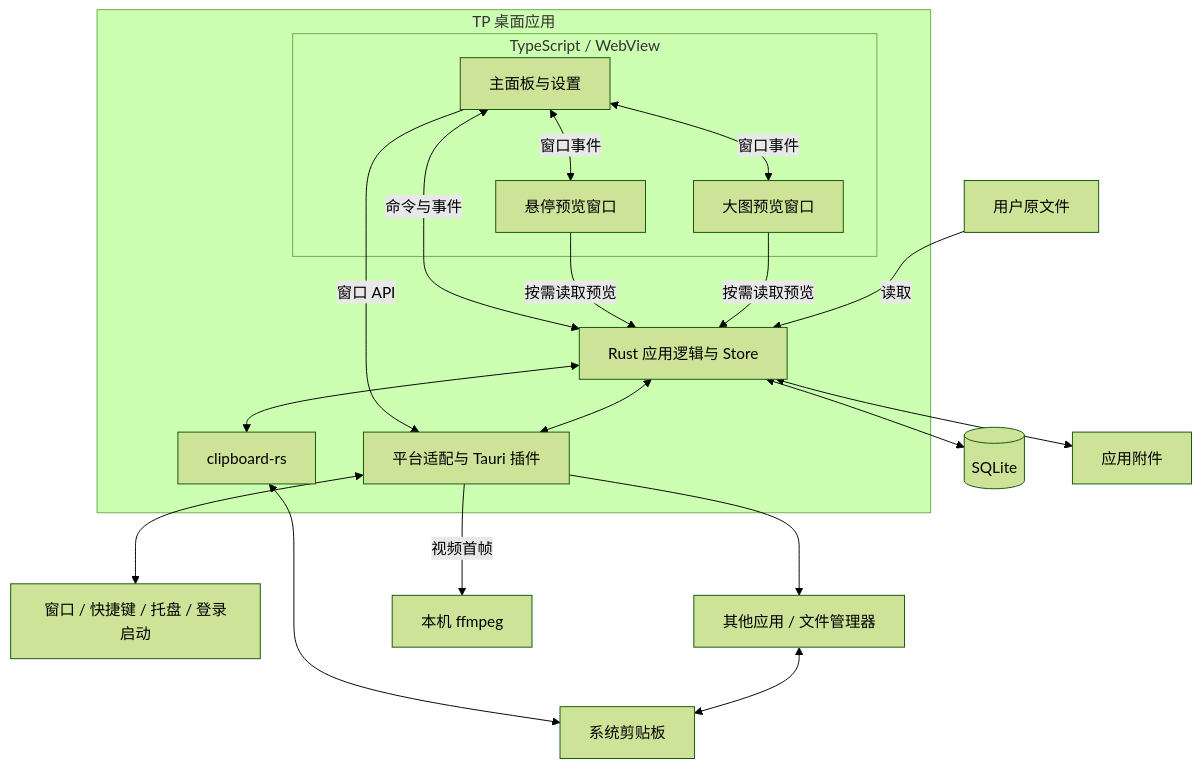
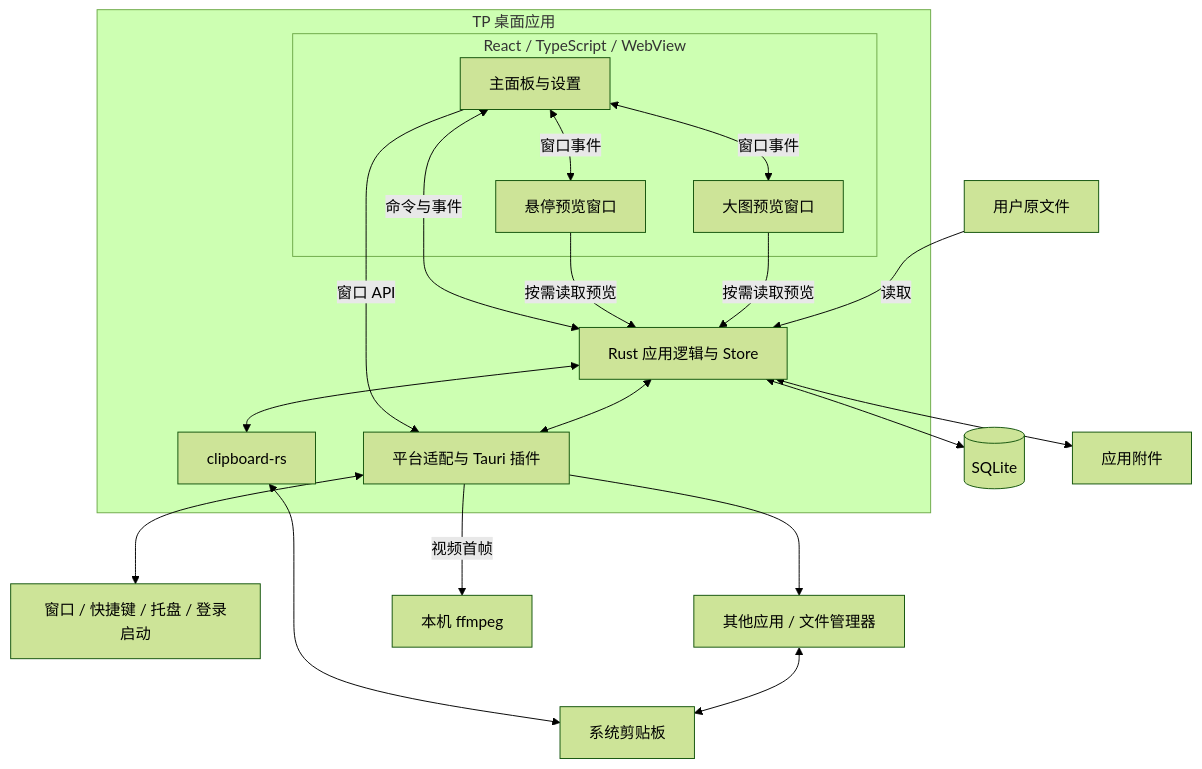
The first of 2 diagrams in docs/SYSTEM-ARCHITECTURE.md (kyrsieger/TP), drawn with Mermaid (forest theme) before and after one commit. The commit also changed other lines of this file and 92 other files, not shown here.

````diff
--- a/docs/SYSTEM-ARCHITECTURE.md
+++ b/docs/SYSTEM-ARCHITECTURE.md
@@ -24,36 +24,36 @@
 ```mermaid
 flowchart TB
     subgraph TP[TP 桌面应用]
-        subgraph UI[TypeScript / WebView]
+        subgraph UI[React / TypeScript / WebView]
             Main[主面板与设置]
             Hover[悬停预览窗口]
             Large[大图预览窗口]
             Main <-->|窗口事件| Hover
             Main <-->|窗口事件| Large
         end
         Core[Rust 应用逻辑与 Store]
         Clip[clipboard-rs]
         Platform[平台适配与 Tauri 插件]
         Main <-->|命令与事件| Core
         Main -->|窗口 API| Platform
         Hover -->|按需读取预览| Core
         Large -->|按需读取预览| Core
         Core <--> Clip
         Core <--> Platform
     end
     Clipboard[系统剪贴板]
     Desktop[窗口 / 快捷键 / 托盘 / 登录启动]
     Apps[其他应用 / 文件管理器]
     Database[(SQLite)]
     Assets[应用附件]
     Originals[用户原文件]
     FFmpeg[本机 ffmpeg]
     Clip <--> Clipboard
     Apps <--> Clipboard
     Platform <--> Desktop
     Platform --> Apps
     Platform -->|视频首帧| FFmpeg
     Core <--> Database
     Core <--> Assets
     Originals -->|读取| Core
 ```
````
